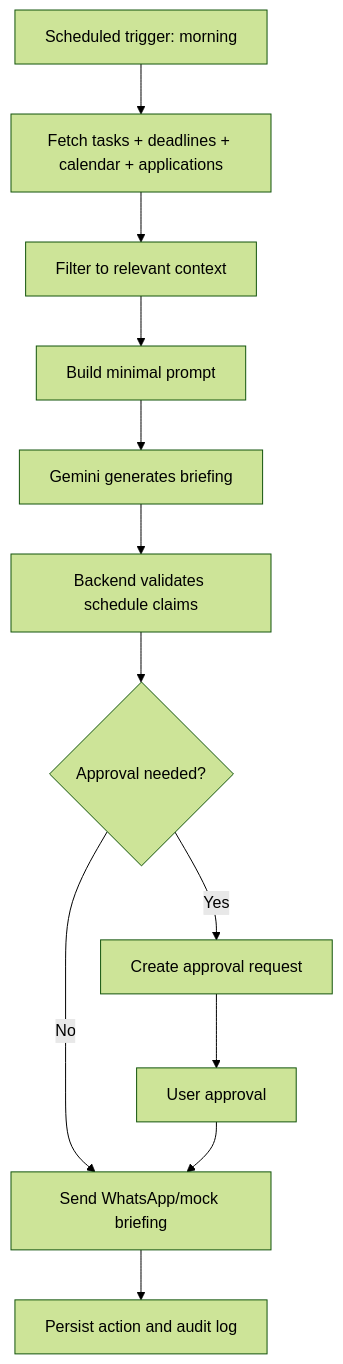
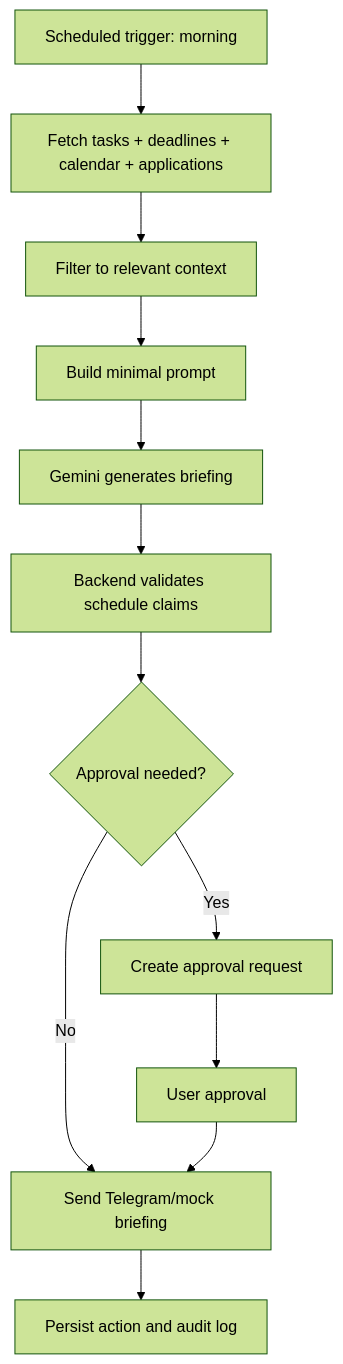
Before and after one commit to Ajay-ch7/StudentLife_OS: the eighth of 12 diagrams in ARCHITECTURE.md, drawn with Mermaid (forest theme). The commit also changed other lines of this file and 44 other files, not shown here.

````diff
--- a/ARCHITECTURE.md
+++ b/ARCHITECTURE.md
@@ -683,14 +677,14 @@
 ```mermaid
 flowchart TD
     A[Scheduled trigger: morning] --> B[Fetch tasks + deadlines + calendar + applications]
     B --> C[Filter to relevant context]
     C --> D[Build minimal prompt]
     D --> E[Gemini generates briefing]
     E --> F[Backend validates schedule claims]
     F --> G{Approval needed?}
-    G -->|No| H[Send WhatsApp/mock briefing]
+    G -->|No| H[Send Telegram/mock briefing]
     G -->|Yes| I[Create approval request]
     I --> J[User approval]
     J --> H
     H --> K[Persist action and audit log]
 ```
````
